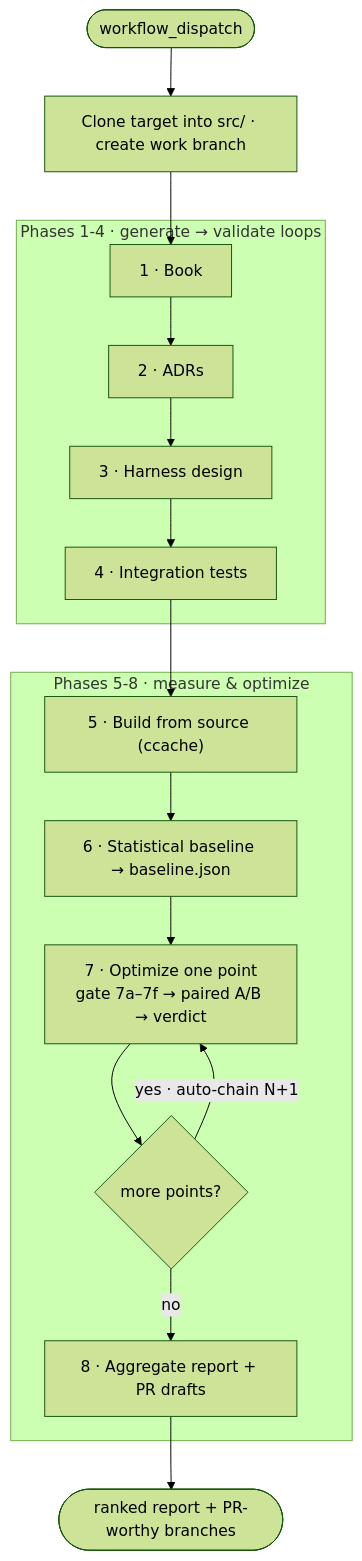
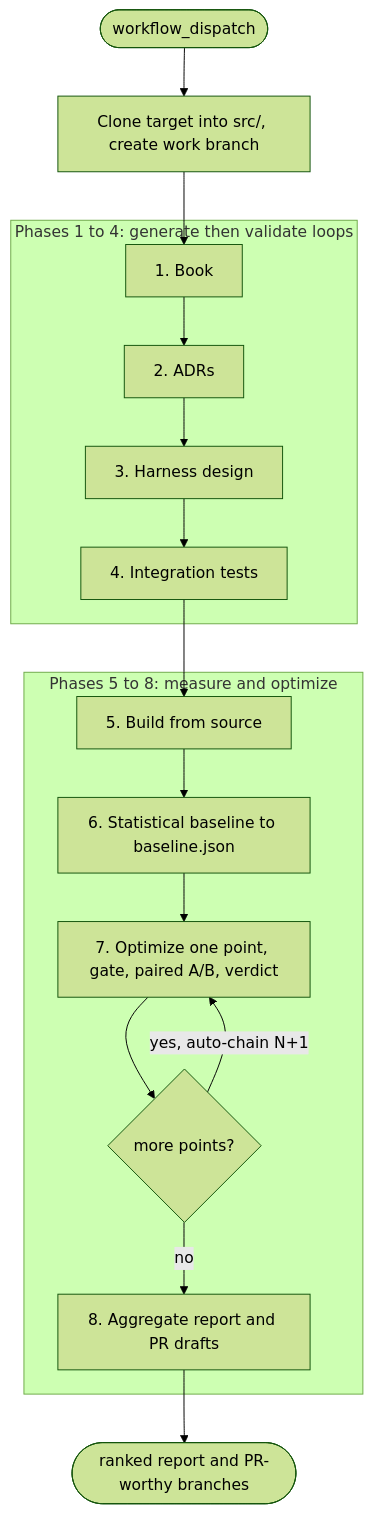
The first of 2 diagrams in README.md (HighTech-Innovators/CodeWeave), drawn with Mermaid (forest theme) before and after one commit. The commit also changed other lines of this file and 3 other files, not shown here.

````diff
--- a/README.md
+++ b/README.md
@@ -165,17 +162,17 @@
 ```mermaid
 flowchart TD
-    start(["workflow_dispatch"]) --> clone["Clone target into src/ · create work branch"]
+    start(["workflow_dispatch"]) --> clone["Clone target into src/, create work branch"]
     clone --> P1
-    subgraph gen["Phases 1-4 · generate → validate loops"]
-        P1["1 · Book"] --> P2["2 · ADRs"] --> P3["3 · Harness design"] --> P4["4 · Integration tests"]
+    subgraph gen["Phases 1 to 4: generate then validate loops"]
+        P1["1. Book"] --> P2["2. ADRs"] --> P3["3. Harness design"] --> P4["4. Integration tests"]
     end
-    P4 --> P5["5 · Build from source (ccache)"]
-    subgraph meas["Phases 5-8 · measure & optimize"]
-        P5 --> P6["6 · Statistical baseline → baseline.json"]
-        P6 --> P7["7 · Optimize one point<br/>gate 7a–7f → paired A/B → verdict"]
+    P4 --> P5["5. Build from source"]
+    subgraph meas["Phases 5 to 8: measure and optimize"]
+        P5 --> P6["6. Statistical baseline to baseline.json"]
+        P6 --> P7["7. Optimize one point, gate, paired A/B, verdict"]
         P7 --> more{"more points?"}
-        more -- "yes · auto-chain N+1" --> P7
-        more -- no --> P8["8 · Aggregate report + PR drafts"]
+        more -- "yes, auto-chain N+1" --> P7
+        more -- no --> P8["8. Aggregate report and PR drafts"]
     end
-    P8 --> done(["ranked report + PR-worthy branches"])
+    P8 --> done(["ranked report and PR-worthy branches"])
 ```
````
